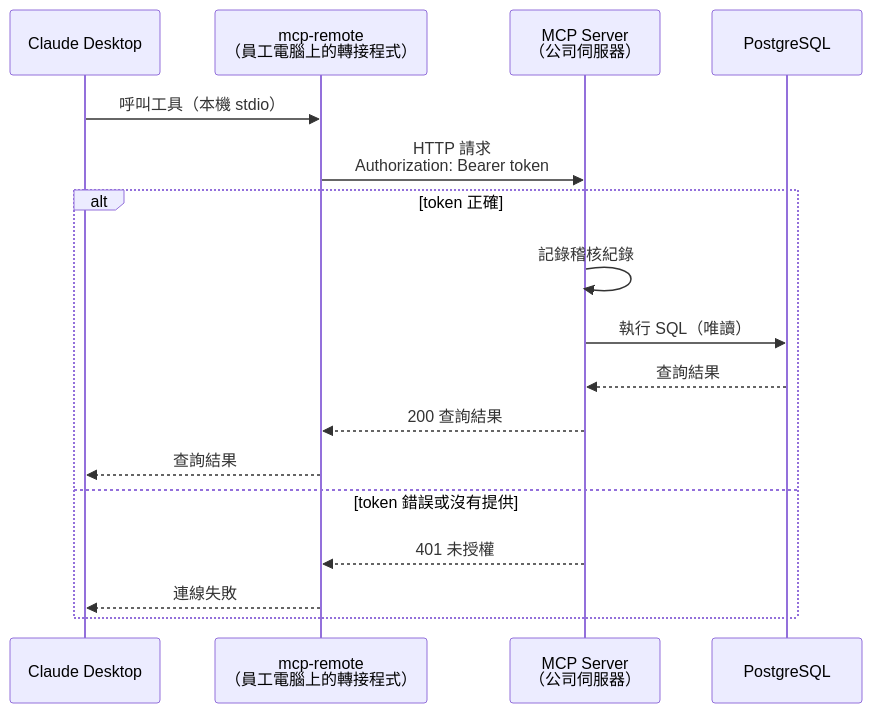
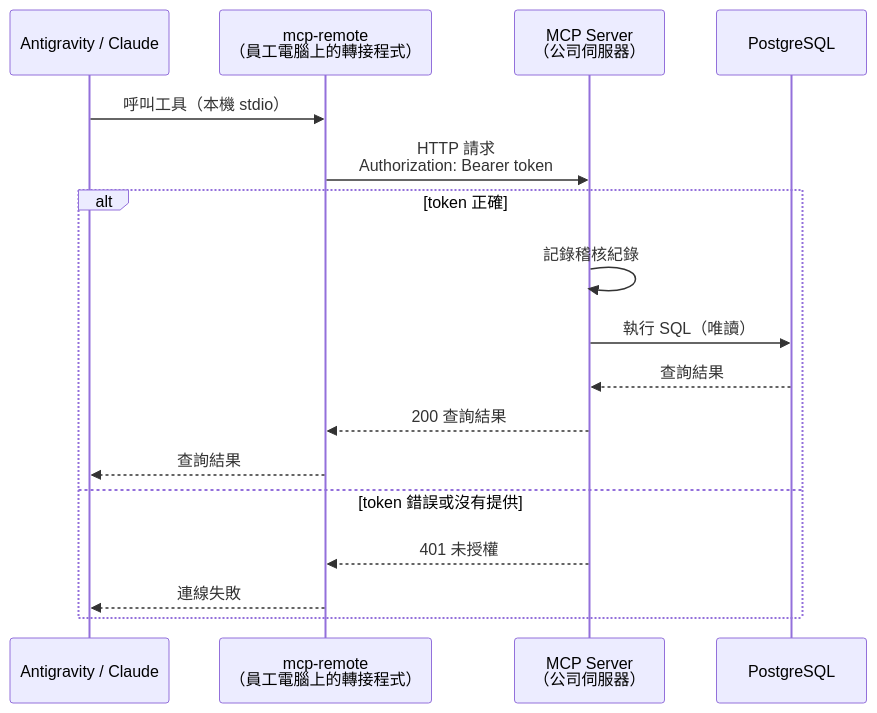
One commit to roberthsu2003/postgreSQL_MCP changed the first of 3 diagrams in mcp_server/3_企業導入_遠端MCP與token/README.md. Above: the diagram before and after it, drawn with Mermaid. The commit also changed other lines of this file and 11 other files, not shown here.

````diff
--- a/mcp_server/3_企業導入_遠端MCP與token/README.md
+++ b/mcp_server/3_企業導入_遠端MCP與token/README.md
@@ -181,20 +181,20 @@
 ```mermaid
 sequenceDiagram
-    participant CD as Claude Desktop
+    participant CD as Antigravity / Claude
     participant MR as mcp-remote<br/>（員工電腦上的轉接程式）
     participant S as MCP Server<br/>（公司伺服器）
     participant DB as PostgreSQL
 
     CD->>MR: 呼叫工具（本機 stdio）
     MR->>S: HTTP 請求<br/>Authorization: Bearer token
     alt token 正確
         S->>S: 記錄稽核紀錄
         S->>DB: 執行 SQL（唯讀）
         DB-->>S: 查詢結果
         S-->>MR: 200 查詢結果
         MR-->>CD: 查詢結果
     else token 錯誤或沒有提供
         S-->>MR: 401 未授權
         MR-->>CD: 連線失敗
     end
 ```
````
